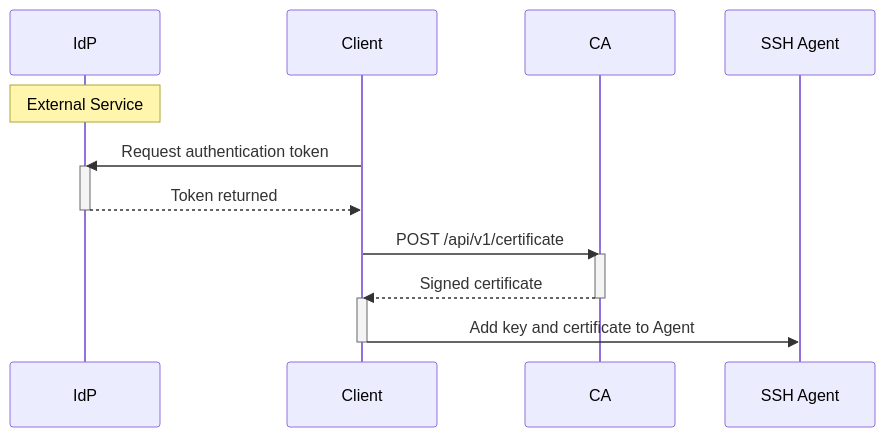
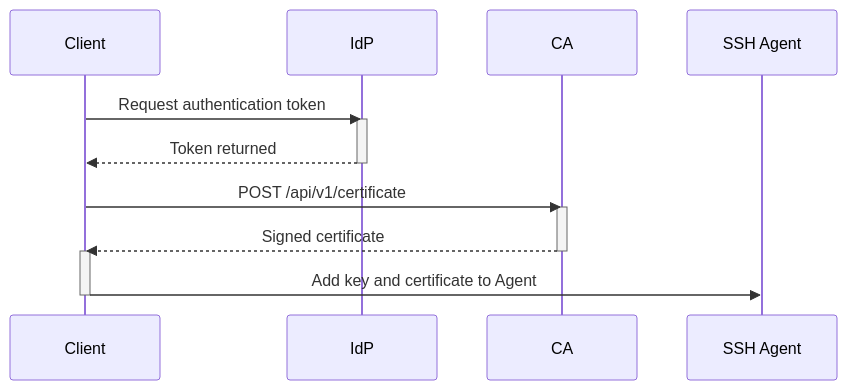
The second of 2 diagrams in README.md (andrewheberle/serverless-ssh-ca), drawn with Mermaid before and after one commit.

Commit message:
Remove note

````diff
--- a/README.md
+++ b/README.md
@@ -60,15 +60,14 @@
 ```mermaid
 sequenceDiagram
-    Note over IdP: External Service
     Client->>IdP: Request authentication token
     activate IdP
     IdP-->>Client: Token returned
     deactivate IdP
     Client->>CA: POST /api/v1/certificate
     activate CA
     CA-->>Client: Signed certificate
     deactivate CA
     activate Client
     Client->>SSH Agent: Add key and certificate to Agent
     deactivate Client
 ```
````
